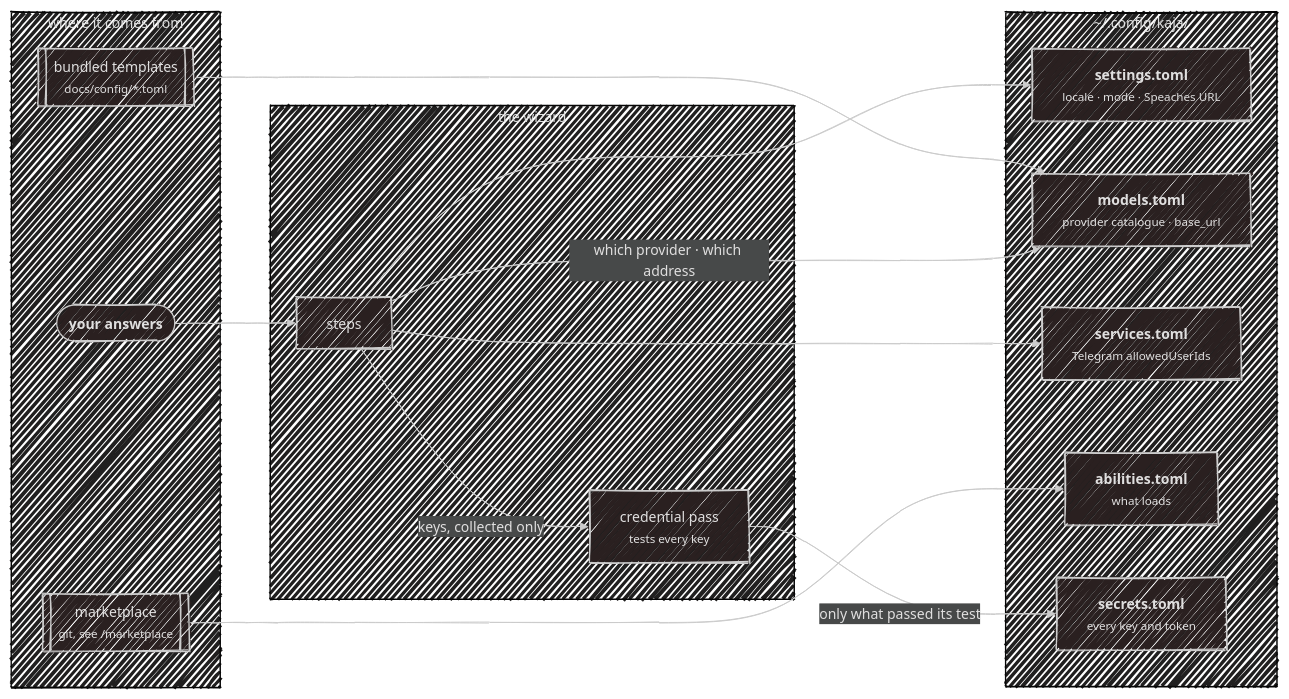
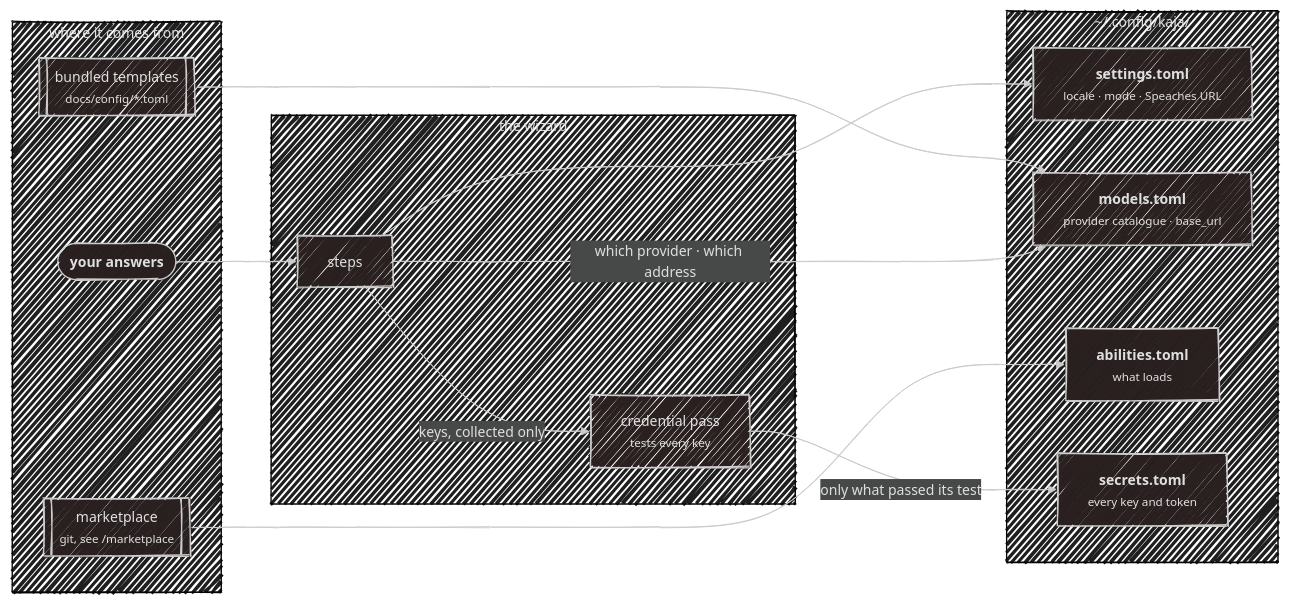
One commit to SubZtep/kaja changed the second of 4 diagrams in docs/configuration/wizard.md. Above: the diagram before and after it, drawn with Mermaid. The commit also changed other lines of this file and 66 other files, not shown here.

First line of the commit message:
refactor: drop services.toml, the Telegram allowlist and the built-in location lookup

````diff
--- a/docs/configuration/wizard.md
+++ b/docs/configuration/wizard.md
@@ -59,35 +59,33 @@
 ```mermaid
 ---
 config:
   look: handDrawn
   theme: neo-dark
 ---
 flowchart LR
     subgraph SRC["where it comes from"]
         TPL[["bundled templates<br><small>docs/config/*.toml</small>"]]
         MKT[["marketplace<br><small>git, see /marketplace</small>"]]
         YOU(["<b>your answers</b>"])
     end
 
     subgraph WIZ["the wizard"]
         ASK["steps"]
         PASS["credential pass<br><small>tests every key</small>"]
     end
 
     subgraph OUT["~/.config/kaja/"]
         SET["<b>settings.toml</b><br><small>locale · mode · Speaches URL</small>"]
         MOD["<b>models.toml</b><br><small>provider catalogue · base_url</small>"]
-        SRV["<b>services.toml</b><br><small>Telegram allowedUserIds</small>"]
         ABL["<b>abilities.toml</b><br><small>what loads</small>"]
         SEC["<b>secrets.toml</b><br><small>every key and token</small>"]
     end
 
     YOU --> ASK
     ASK --> SET
-    ASK --> SRV
     TPL --> MOD
     ASK -->|"which provider · which address"| MOD
     MKT --> ABL
     ASK -->|"keys, collected only"| PASS
     PASS -->|"only what passed its test"| SEC
 ```
````
